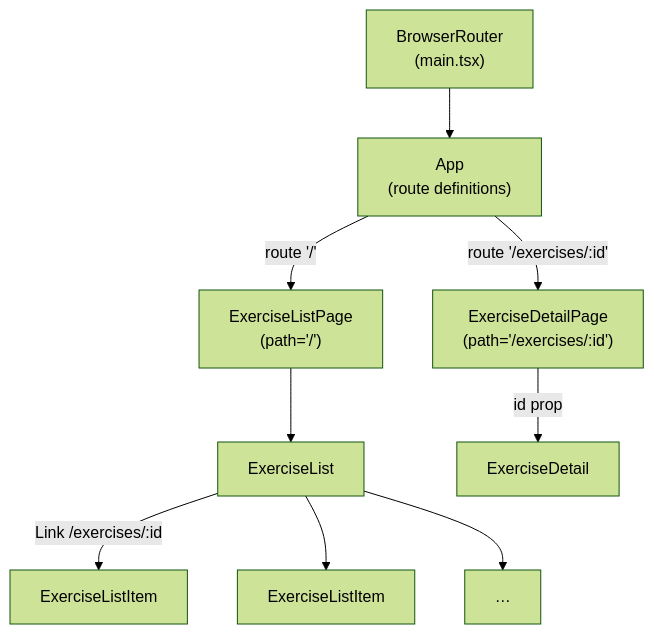
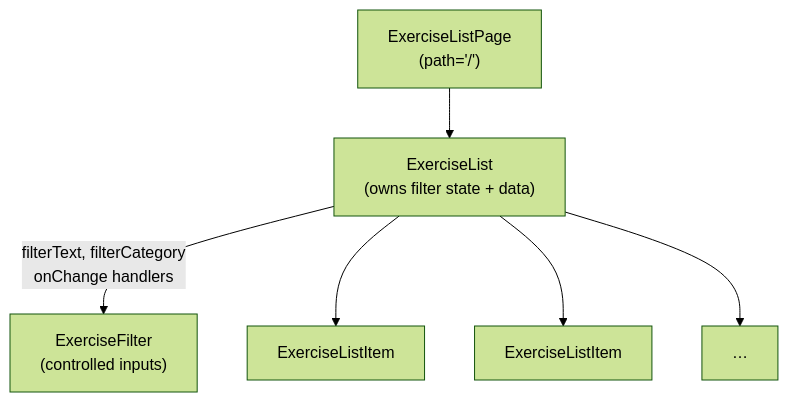
The diagram in README.md (deanvons/tractus-react), drawn with Mermaid (forest theme) before and after one commit. The commit also changed other lines of this file, not shown here.

````diff
--- a/README.md
+++ b/README.md
@@ -212,21 +182,15 @@
 ```mermaid
 graph TD
-  BrowserRouter["BrowserRouter\n(main.tsx)"]
-  App["App\n(route definitions)"]
   ListPage["ExerciseListPage\n(path='/')"]
-  ExList["ExerciseList"]
+  ExList["ExerciseList\n(owns filter state + data)"]
+  ExFilter["ExerciseFilter\n(controlled inputs)"]
   ELI1["ExerciseListItem"]
   ELI2["ExerciseListItem"]
   ELIn["…"]
-  DetailPage["ExerciseDetailPage\n(path='/exercises/:id')"]
-  ExDetail["ExerciseDetail"]
 
-  BrowserRouter --> App
-  App -->|"route '/'"| ListPage
-  App -->|"route '/exercises/:id'"| DetailPage
   ListPage --> ExList
-  DetailPage -->|"id prop"| ExDetail
-  ExList -->|"Link /exercises/:id"| ELI1
+  ExList -->|"filterText, filterCategory\nonChange handlers"| ExFilter
+  ExList --> ELI1
   ExList --> ELI2
   ExList --> ELIn
 ```
````
